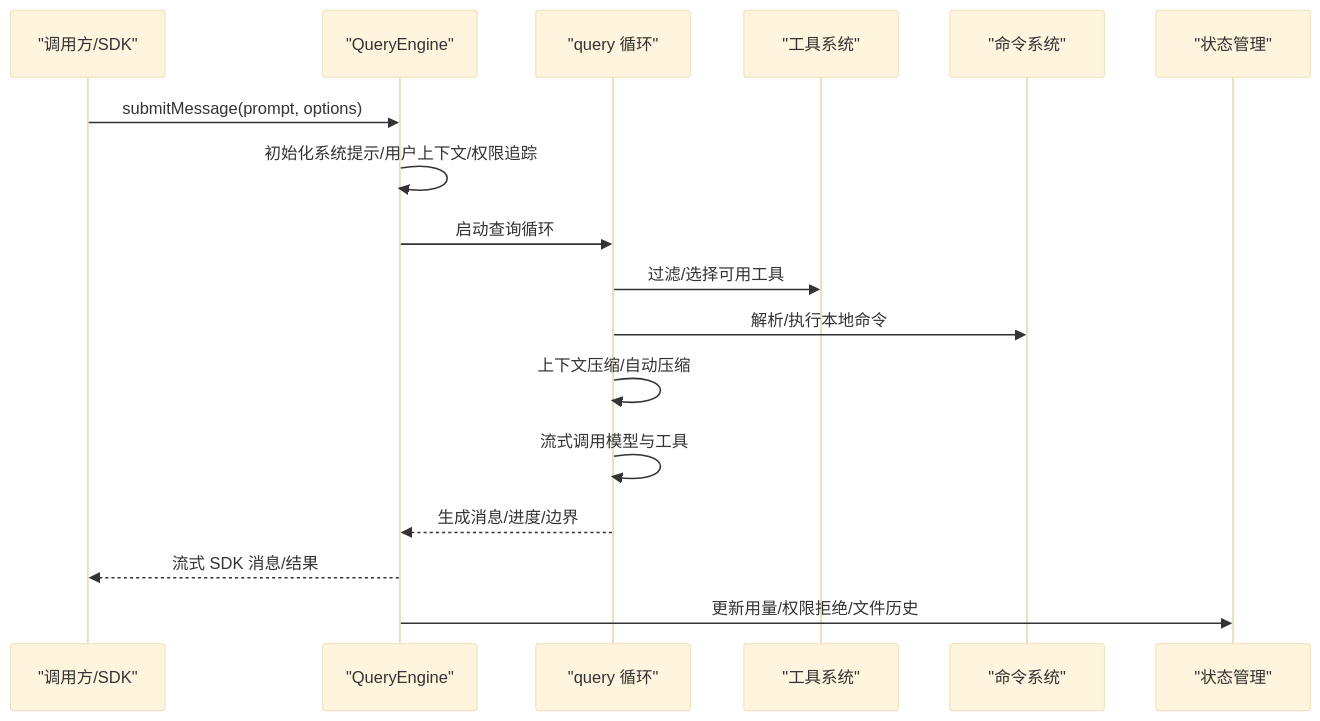
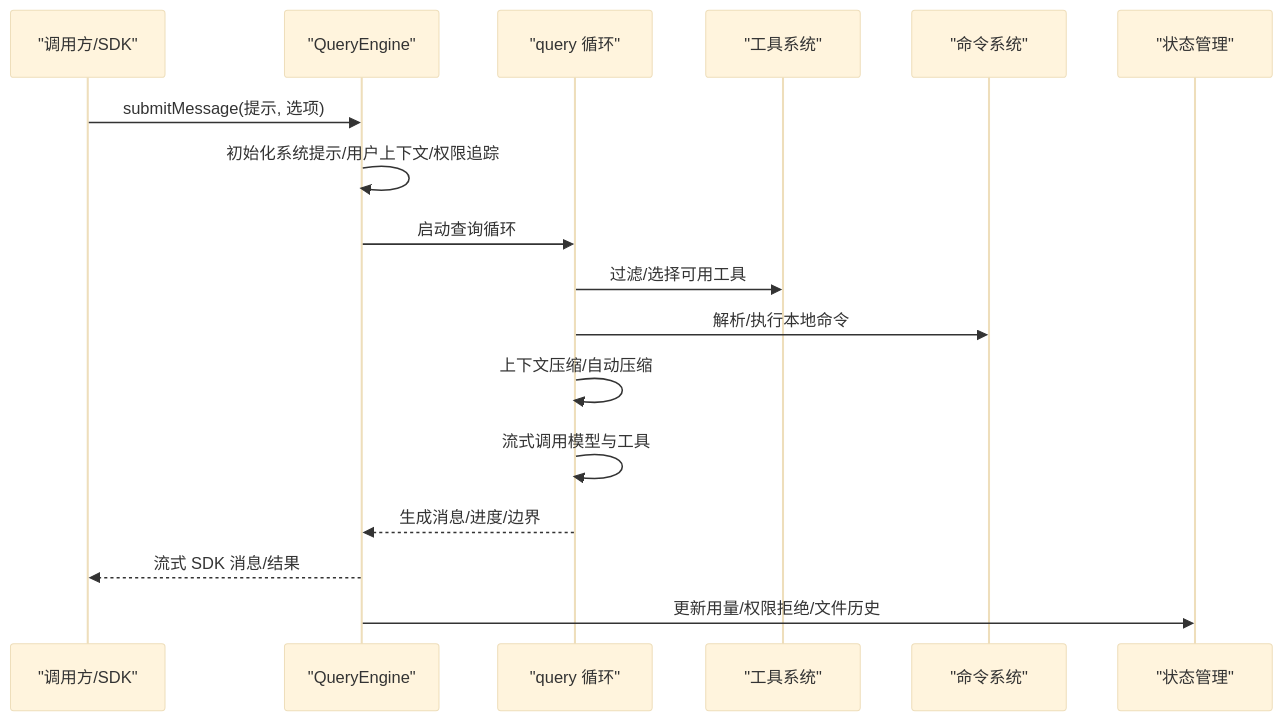
Before and after one commit to yuanliu147/claude-code: the second of 6 diagrams in .qoder/repowiki/zh/content/核心架构/核心架构.md, drawn with Mermaid (base theme). The commit also changed other lines of this file and 5 other files, not shown here.

````diff
--- a/.qoder/repowiki/zh/content/核心架构/核心架构.md
+++ b/.qoder/repowiki/zh/content/核心架构/核心架构.md
@@ -124,19 +137,19 @@
 ```mermaid
 sequenceDiagram
 participant Client as "调用方/SDK"
 participant QE as "QueryEngine"
 participant Q as "query 循环"
 participant Tools as "工具系统"
 participant Cmds as "命令系统"
 participant State as "状态管理"
-Client->>QE : submitMessage(prompt, options)
+Client->>QE : submitMessage(提示, 选项)
 QE->>QE : 初始化系统提示/用户上下文/权限追踪
 QE->>Q : 启动查询循环
 Q->>Tools : 过滤/选择可用工具
 Q->>Cmds : 解析/执行本地命令
 Q->>Q : 上下文压缩/自动压缩
 Q->>Q : 流式调用模型与工具
 Q-->>QE : 生成消息/进度/边界
 QE-->>Client : 流式 SDK 消息/结果
 QE->>State : 更新用量/权限拒绝/文件历史
 ```
````
